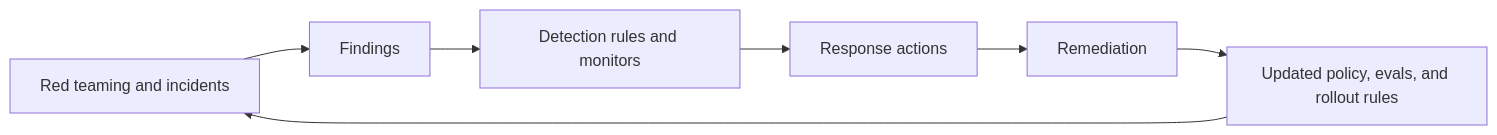
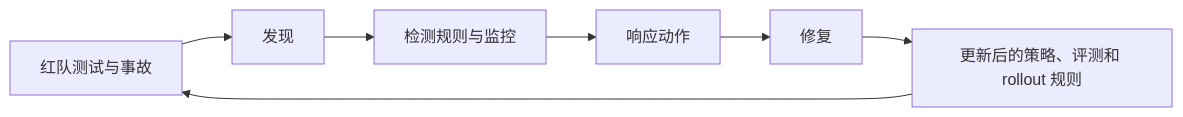
The diagram in docs/book/part-viii/chapter-21.zh.md (agent-axiom/agent-arch), drawn with Mermaid before and after one commit. The commit also changed other lines of this file, not shown here.

````diff
--- a/docs/book/part-viii/chapter-21.zh.md
+++ b/docs/book/part-viii/chapter-21.zh.md
@@ -167,9 +167,9 @@
 ``` mermaid
 flowchart LR
-    A["Red teaming and incidents"] --> B["Findings"]
-    B --> C["Detection rules and monitors"]
-    C --> D["Response actions"]
-    D --> E["Remediation"]
-    E --> F["Updated policy, evals, and rollout rules"]
+    A["红队测试与事故"] --> B["发现"]
+    B --> C["检测规则与监控"]
+    C --> D["响应动作"]
+    D --> E["修复"]
+    E --> F["更新后的策略、评测和 rollout 规则"]
     F --> A
 ```
````
